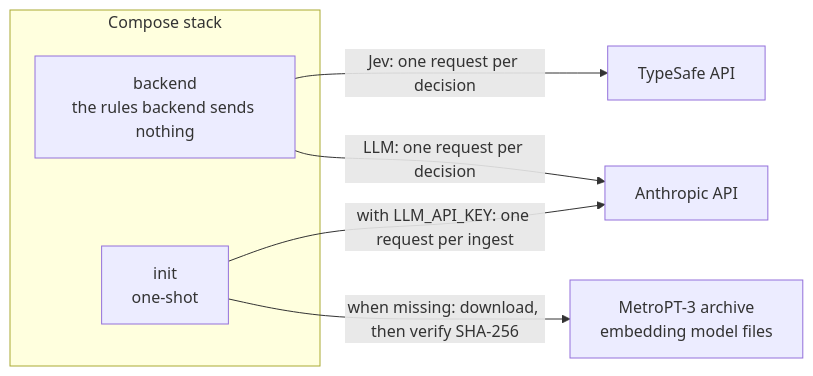
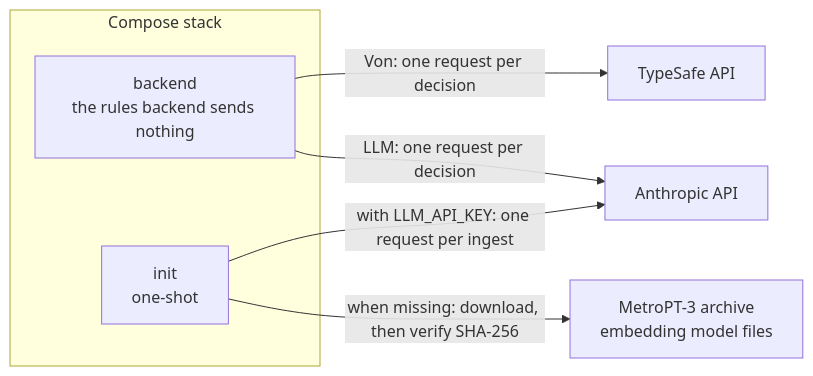
One commit to arunpune/von-fault-diagnosis-poc changed the second of 2 diagrams in docs/security.md. Above: the diagram before and after it, drawn with Mermaid. The commit also changed other lines of this file and 256 other files, not shown here.

Commit message:
Rename JEV to VON and configure backend

````diff
--- a/docs/security.md
+++ b/docs/security.md
@@ -124,11 +124,11 @@
 ```mermaid
 flowchart LR
     subgraph stack["Compose stack"]
         BE["backend<br/>the rules backend sends nothing"]
         INIT["init<br/>one-shot"]
     end
-    BE -->|"Jev: one request per decision"| TS["TypeSafe API"]
+    BE -->|"Von: one request per decision"| TS["TypeSafe API"]
     BE -->|"LLM: one request per decision"| AN["Anthropic API"]
     INIT -->|"with LLM_API_KEY: one request per ingest"| AN
     INIT -->|"when missing: download, then verify SHA-256"| DL["MetroPT-3 archive<br/>embedding model files"]
 ```
````
